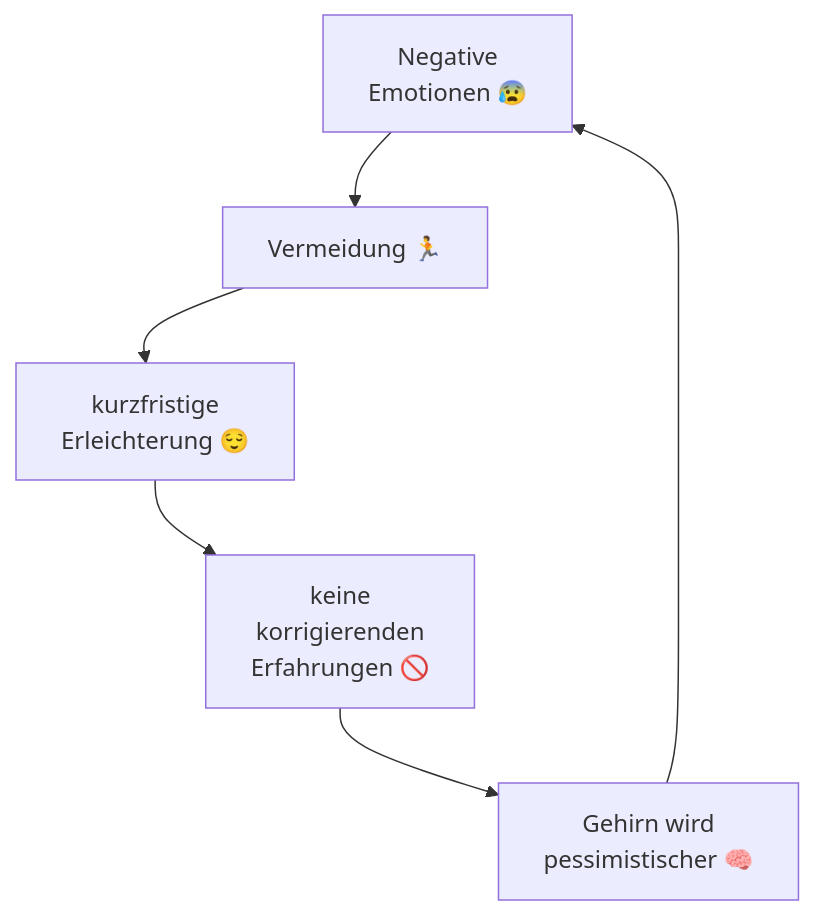
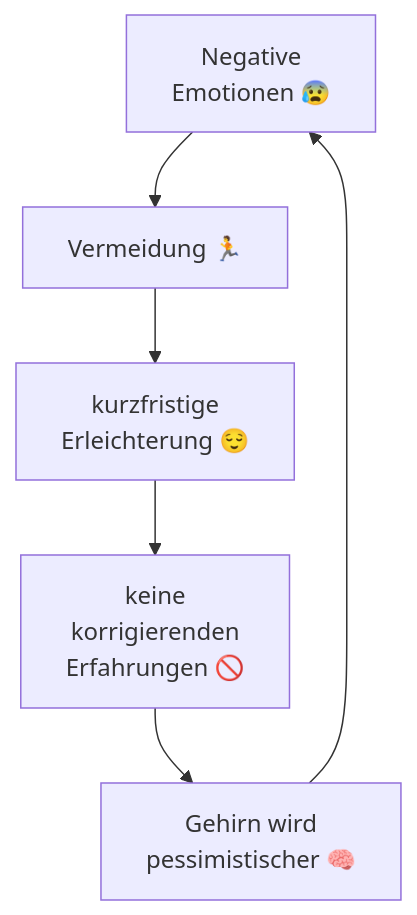
Before and after one commit to lueck1803/interia-PT: the second of 2 diagrams in inertia PT/General/Therapie.md, drawn with Mermaid.

Commit message:
vault backup: 2026-03-13 21:47:18

````diff
--- a/inertia PT/General/Therapie.md
+++ b/inertia PT/General/Therapie.md
@@ -507,16 +507,16 @@
 ```mermaid
 flowchart TB
 %% flowchart LR
 A[Negative <br> Emotionen 😰]
 B[Vermeidung 🏃]
 C[kurzfristige <br> Erleichterung 😌]
 D[keine <br> korrigierenden <br> Erfahrungen 🚫]
 E[Gehirn wird <br> pessimistischer 🧠]
 
 A-->B-->C-->D-->E-->A
 
-B~~~E
+%% B~~~E %%
 
-A~~~C
-A~~~D
+%% A~~~C %%
+%% A~~~D %%
 ```
````
